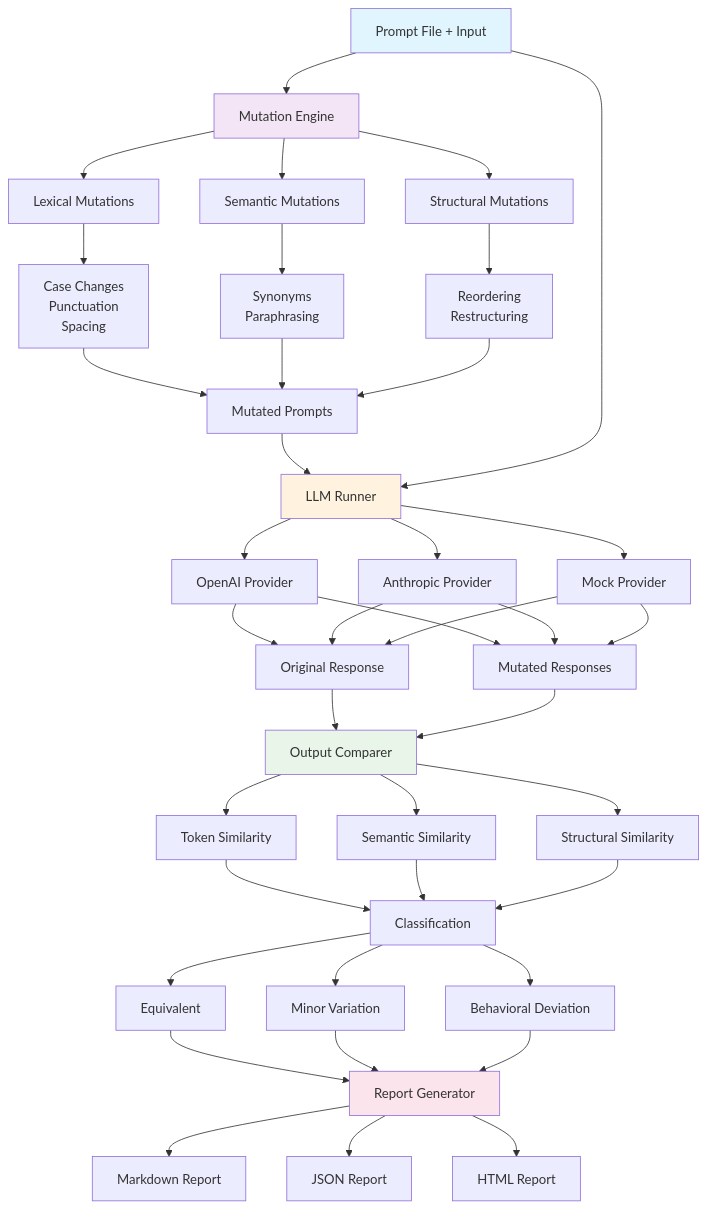
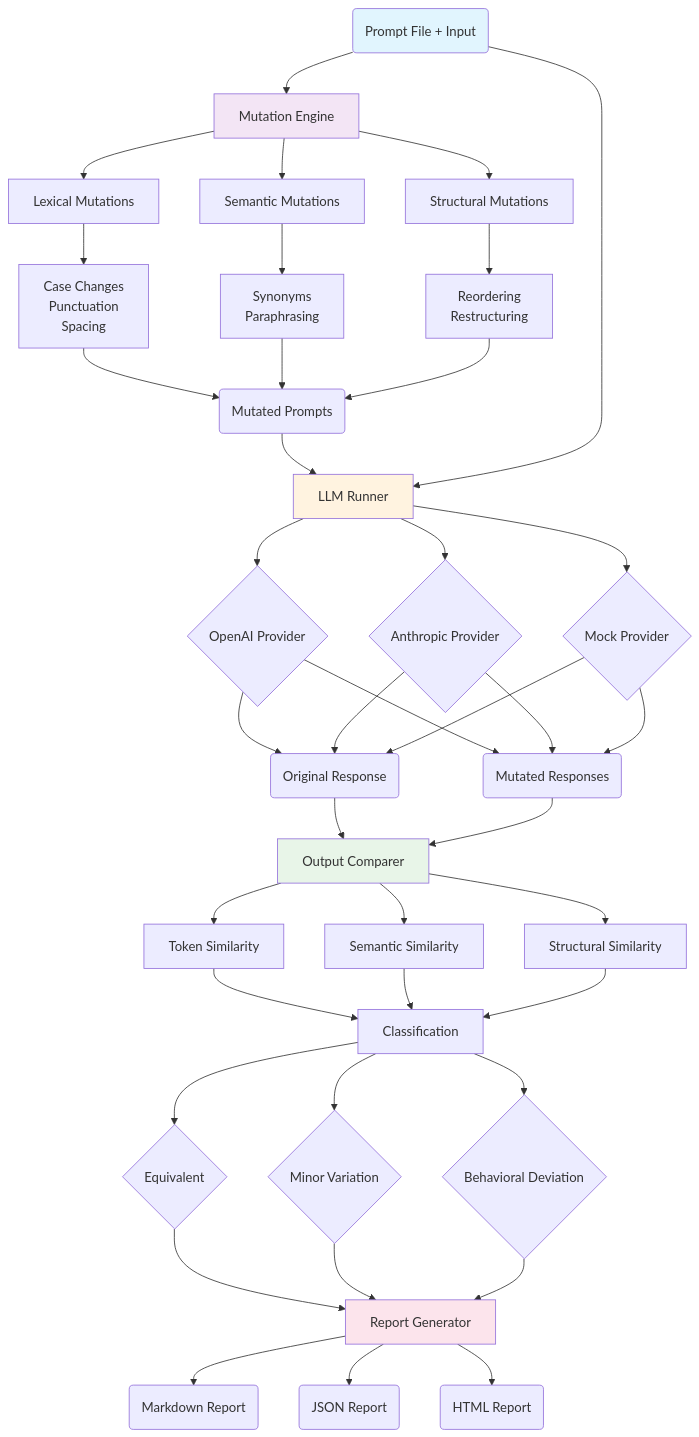
One commit to souhailaS/Quirx changed the diagram in README.md. Above: the diagram before and after it, drawn with Mermaid.

Commit message:
improved the architecture in the readme

````diff
--- a/README.md
+++ b/README.md
@@ -32,58 +32,58 @@
 ```mermaid
 graph TD
-    A[Prompt File + Input] --> B[Mutation Engine]
+    A(Prompt File + Input) --> B[Mutation Engine]
     B --> C[Lexical Mutations]
     B --> D[Semantic Mutations] 
     B --> E[Structural Mutations]
     
     C --> F[Case Changes<br/>Punctuation<br/>Spacing]
     D --> G[Synonyms<br/>Paraphrasing]
     E --> H[Reordering<br/>Restructuring]
     
-    F --> I[Mutated Prompts]
+    F --> I(Mutated Prompts)
     G --> I
     H --> I
     
     I --> J[LLM Runner]
     A --> J
     
-    J --> K[OpenAI Provider]
-    J --> L[Anthropic Provider]
-    J --> M[Mock Provider]
+    J --> K{OpenAI Provider}
+    J --> L{Anthropic Provider}
+    J --> M{Mock Provider}
     
-    K --> N[Original Response]
-    K --> O[Mutated Responses]
+    K --> N(Original Response)
+    K --> O(Mutated Responses)
     L --> N
     L --> O
     M --> N
     M --> O
     
     N --> P[Output Comparer]
     O --> P
     
     P --> Q[Token Similarity]
     P --> R[Semantic Similarity]
     P --> S[Structural Similarity]
     
     Q --> T[Classification]
     R --> T
     S --> T
     
-    T --> U[Equivalent]
-    T --> V[Minor Variation]
-    T --> W[Behavioral Deviation]
+    T --> U{Equivalent}
+    T --> V{Minor Variation}
+    T --> W{Behavioral Deviation}
     
     U --> X[Report Generator]
     V --> X
     W --> X
     
-    X --> Y[Markdown Report]
-    X --> Z[JSON Report]
-    X --> AA[HTML Report]
+    X --> Y(Markdown Report)
+    X --> Z(JSON Report)
+    X --> AA(HTML Report)
     
     style A fill:#e1f5fe
     style B fill:#f3e5f5
     style J fill:#fff3e0
     style P fill:#e8f5e8
-         style X fill:#fce4ec
+    style X fill:#fce4ec
 ```
````
